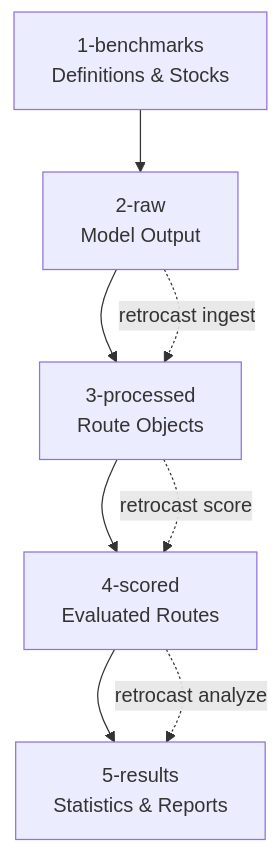
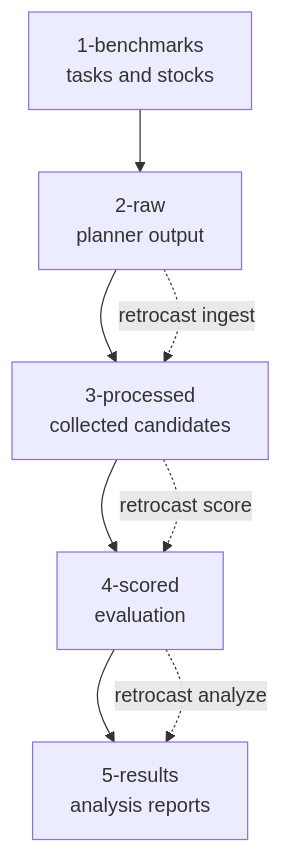
One commit to ischemist/project-procrustes changed the second of 2 diagrams in docs/concepts.md. Above: the diagram before and after it, drawn with Mermaid. The commit also changed other lines of this file and 300 other files, not shown here.

First line of the commit message:
Finalize schema v2 migration (#116)

````diff
--- a/docs/concepts.md
+++ b/docs/concepts.md
@@ -163,12 +193,11 @@
 ```mermaid
 graph TD
-    A[1-benchmarks<br/>Definitions & Stocks] --> B[2-raw<br/>Model Output]
-    B --> C[3-processed<br/>Route Objects]
-    C --> D[4-scored<br/>Evaluated Routes]
-    D --> E[5-results<br/>Statistics & Reports]
+    A[1-benchmarks<br/>tasks and stocks] --> B[2-raw<br/>planner output]
+    B --> C[3-processed<br/>collected candidates]
+    C --> D[4-scored<br/>evaluation]
+    D --> E[5-results<br/>analysis reports]
 
     B -.->|retrocast ingest| C
     C -.->|retrocast score| D
     D -.->|retrocast analyze| E
-
 ```
````
